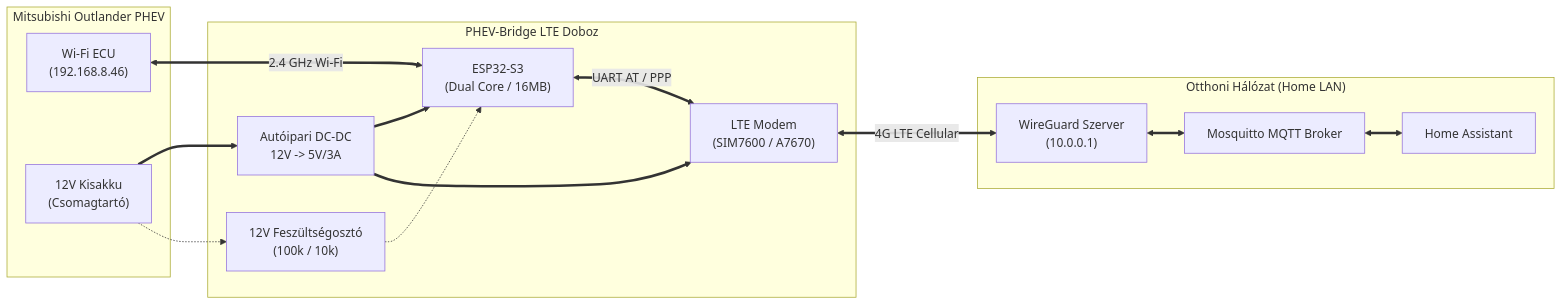
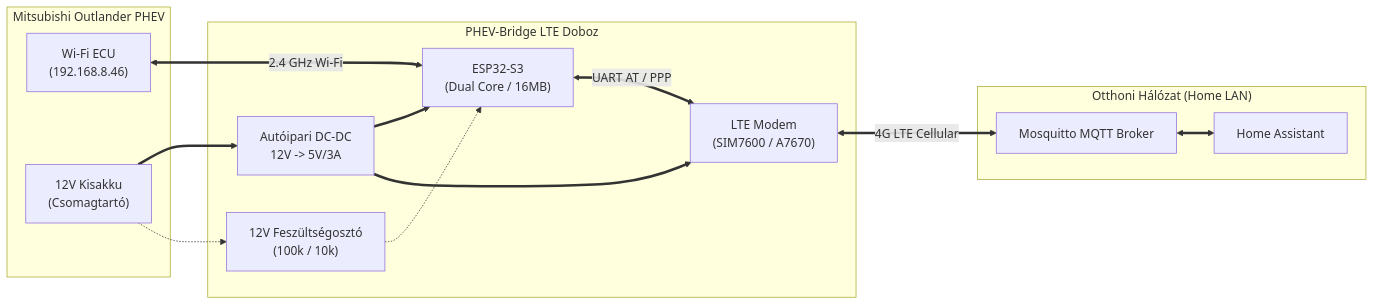
One commit to Rinszky/phev2mqtt changed the diagram in esp32-s3/ASSEMBLY.md. Above: the diagram before and after it, drawn with Mermaid. The commit also changed other lines of this file and 21 other files, not shown here.

````diff
--- a/esp32-s3/ASSEMBLY.md
+++ b/esp32-s3/ASSEMBLY.md
@@ -33,27 +33,26 @@
 ```mermaid
 flowchart LR
     subgraph Car ["Mitsubishi Outlander PHEV"]
         ECU["Wi-Fi ECU\n(192.168.8.46)"]
         BAT12["12V Kisakku\n(Csomagtartó)"]
     end
 
     subgraph Bridge ["PHEV-Bridge LTE Doboz"]
         ESP["ESP32-S3\n(Dual Core / 16MB)"]
         MODEM["LTE Modem\n(SIM7600 / A7670)"]
         DCDC["Autóipari DC-DC\n12V -> 5V/3A"]
         SENSE["12V Feszültségosztó\n(100k / 10k)"]
     end
 
     subgraph CloudHome ["Otthoni Hálózat (Home LAN)"]
-        WG["WireGuard Szerver\n(10.0.0.1)"]
         MQTT["Mosquitto MQTT Broker"]
         HA["Home Assistant"]
     end
 
     ECU <== "2.4 GHz Wi-Fi" ==> ESP
     BAT12 ==> DCDC ==> ESP & MODEM
     BAT12 -.-> SENSE -.-> ESP
     ESP <== "UART AT / PPP" ==> MODEM
-    MODEM <== "4G LTE Cellular" ==> WG
-    WG <==> MQTT <==> HA
+    MODEM <== "4G LTE Cellular" ==> MQTT
+    MQTT <==> HA
 ```
````
